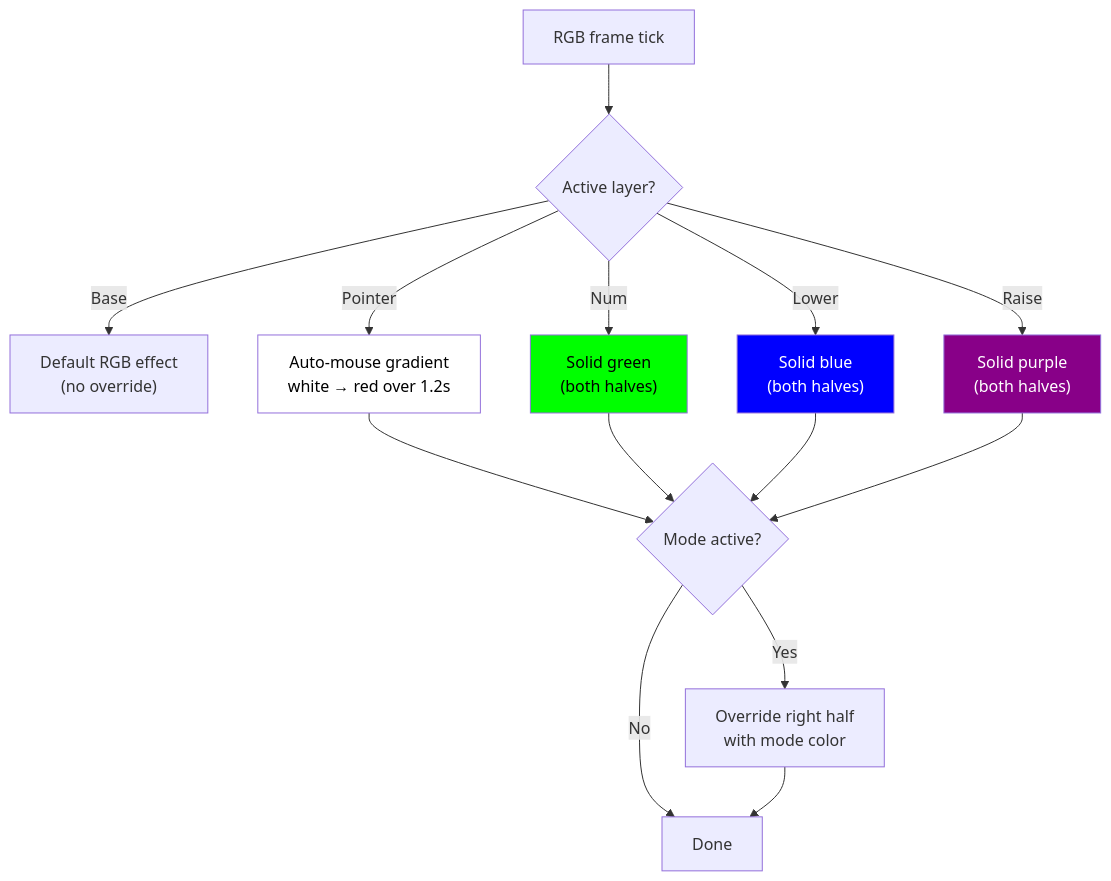
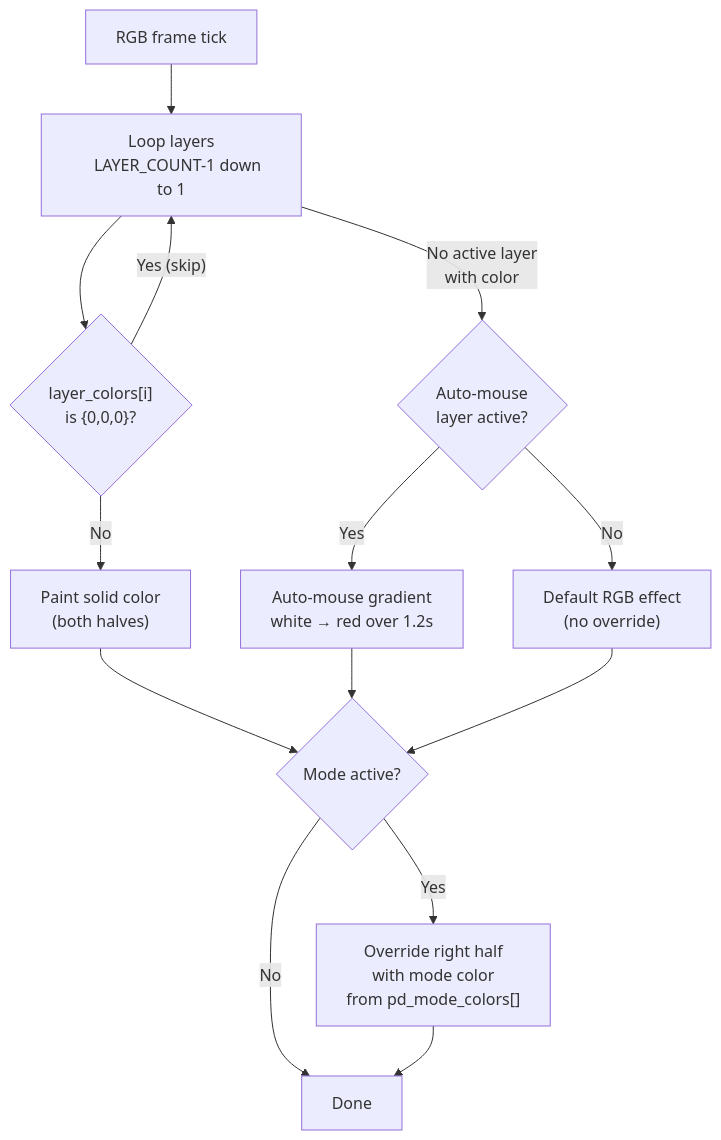
The fifth of 7 diagrams in DIAGRAMS.md (NoahCLR/charybdis-4x6), drawn with Mermaid before and after one commit. The commit also changed other lines of this file and 6 other files, not shown here.

````diff
--- a/DIAGRAMS.md
+++ b/DIAGRAMS.md
@@ -156,30 +156,29 @@
 ```mermaid
 flowchart TD
-    A[RGB frame tick] --> B{Active layer?}
+    A[RGB frame tick] --> B["Loop layers
+    LAYER_COUNT-1 down to 1"]
 
-    B -- Base --> C["Default RGB effect
-    (no override)"]
-    B -- Pointer --> D["Auto-mouse gradient
-    white → red over 1.2s"]
-    B -- Num --> E["Solid green
-    (both halves)"]
-    B -- Lower --> F["Solid blue
-    (both halves)"]
-    B -- Raise --> G["Solid purple
+    B --> C{"layer_colors[i]
+    is {0,0,0}?"}
+    C -- "Yes (skip)" --> B
+    C -- No --> D["Paint solid color
     (both halves)"]
 
+    B -- "No active layer
+    with color" --> E{Auto-mouse
+    layer active?}
+    E -- Yes --> F["Auto-mouse gradient
+    white → red over 1.2s"]
+    E -- No --> G["Default RGB effect
+    (no override)"]
+
     D --> H{Mode active?}
-    E --> H
     F --> H
     G --> H
 
     H -- Yes --> I["Override right half
-    with mode color"]
+    with mode color
+    from pd_mode_colors[]"]
     H -- No --> J[Done]
     I --> J
-
-    style D fill:#fff,color:#000
-    style E fill:#0f0,color:#000
-    style F fill:#00f,color:#fff
-    style G fill:#808,color:#fff
 ```
````
